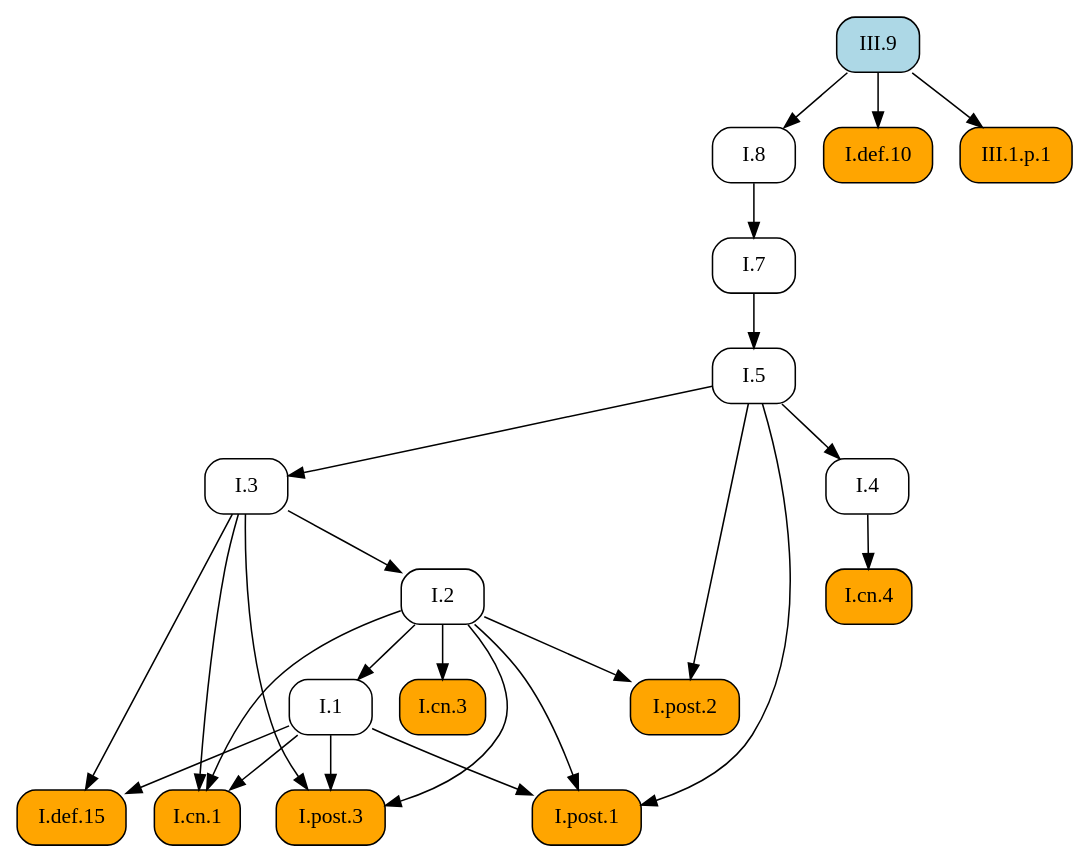
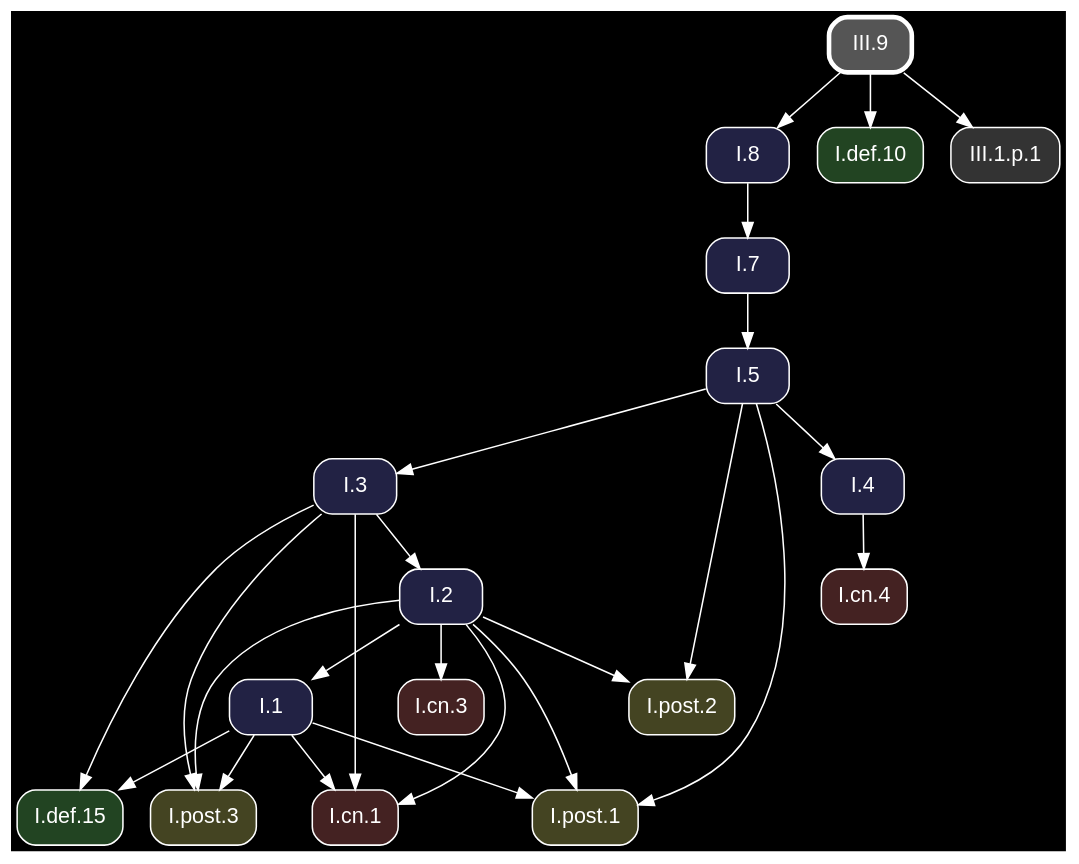
One commit to geometor/elements changed the diagram in docsrc/heath/III/9/index.rst. Above: the diagram before and after it, drawn with Graphviz. The commit also changed other lines of this file and 1200 other files, not shown here.

Commit message:
update dependency graphs

```diff
--- a/docsrc/heath/III/9/index.rst
+++ b/docsrc/heath/III/9/index.rst
@@ -71,47 +71,49 @@
 .. graphviz::
 
    digraph {
+     bgcolor="black";
+     node [shape=box, style="rounded,filled", fontname="Helvetica", color="white", fontcolor="white"];
+     edge [color="white", fontcolor="white"];
      rankdir="TB";
-     node [shape=box, style=rounded];
-     "I.cn.1" [style="rounded,filled", fillcolor=orange, URL="/heath/I/cn.1/", target="_top"];
-     "I.7" [URL="/heath/I/7/", target="_top"];
-     "I.2" [URL="/heath/I/2/", target="_top"];
-     "I.def.15" [style="rounded,filled", fillcolor=orange, URL="/heath/I/def.15/", target="_top"];
-     "I.4" [URL="/heath/I/4/", target="_top"];
-     "I.1" [URL="/heath/I/1/", target="_top"];
-     "I.5" [URL="/heath/I/5/", target="_top"];
-     "I.post.1" [style="rounded,filled", fillcolor=orange, URL="/heath/I/post.1/", target="_top"];
-     "I.8" [URL="/heath/I/8/", target="_top"];
-     "I.post.3" [style="rounded,filled", fillcolor=orange, URL="/heath/I/post.3/", target="_top"];
-     "I.cn.3" [style="rounded,filled", fillcolor=orange, URL="/heath/I/cn.3/", target="_top"];
-     "I.def.10" [style="rounded,filled", fillcolor=orange, URL="/heath/I/def.10/", target="_top"];
-     "III.9" [style="rounded,filled", fillcolor=lightblue, URL="/heath/III/9/", target="_top"];
-     "III.1.p.1" [style="rounded,filled", fillcolor=orange];
-     "I.cn.4" [style="rounded,filled", fillcolor=orange, URL="/heath/I/cn.4/", target="_top"];
-     "I.post.2" [style="rounded,filled", fillcolor=orange, URL="/heath/I/post.2/", target="_top"];
-     "I.3" [URL="/heath/I/3/", target="_top"];
+     "I.3" [fillcolor="#222244", URL="/heath/I/3/", target="_top"];
+     "I.post.1" [fillcolor="#444422", URL="/heath/I/post.1/", target="_top"];
+     "I.cn.1" [fillcolor="#442222", URL="/heath/I/cn.1/", target="_top"];
+     "I.def.10" [fillcolor="#224422", URL="/heath/I/def.10/", target="_top"];
+     "III.9" [penwidth=3, color="white", fillcolor="#555555", URL="/heath/III/9/", target="_top"];
+     "I.cn.3" [fillcolor="#442222", URL="/heath/I/cn.3/", target="_top"];
+     "I.post.2" [fillcolor="#444422", URL="/heath/I/post.2/", target="_top"];
+     "I.2" [fillcolor="#222244", URL="/heath/I/2/", target="_top"];
+     "I.cn.4" [fillcolor="#442222", URL="/heath/I/cn.4/", target="_top"];
+     "I.1" [fillcolor="#222244", URL="/heath/I/1/", target="_top"];
+     "I.8" [fillcolor="#222244", URL="/heath/I/8/", target="_top"];
+     "I.4" [fillcolor="#222244", URL="/heath/I/4/", target="_top"];
+     "I.post.3" [fillcolor="#444422", URL="/heath/I/post.3/", target="_top"];
+     "III.1.p.1" [fillcolor="#333333"];
+     "I.7" [fillcolor="#222244", URL="/heath/I/7/", target="_top"];
+     "I.def.15" [fillcolor="#224422", URL="/heath/I/def.15/", target="_top"];
+     "I.5" [fillcolor="#222244", URL="/heath/I/5/", target="_top"];
+     "I.5" -> "I.3";
+     "I.1" -> "I.post.1";
+     "I.2" -> "I.post.1";
+     "I.5" -> "I.post.1";
      "I.1" -> "I.cn.1";
      "I.2" -> "I.cn.1";
      "I.3" -> "I.cn.1";
-     "I.8" -> "I.7";
+     "III.9" -> "I.def.10";
+     "I.2" -> "I.cn.3";
+     "I.2" -> "I.post.2";
+     "I.5" -> "I.post.2";
      "I.3" -> "I.2";
-     "I.1" -> "I.def.15";
-     "I.3" -> "I.def.15";
+     "I.4" -> "I.cn.4";
+     "I.2" -> "I.1";
+     "III.9" -> "I.8";
      "I.5" -> "I.4";
-     "I.2" -> "I.1";
-     "I.7" -> "I.5";
-     "I.1" -> "I.post.1";
-     "I.2" -> "I.post.1";
-     "I.5" -> "I.post.1";
-     "III.9" -> "I.8";
      "I.1" -> "I.post.3";
      "I.2" -> "I.post.3";
      "I.3" -> "I.post.3";
-     "I.2" -> "I.cn.3";
-     "III.9" -> "I.def.10";
      "III.9" -> "III.1.p.1";
-     "I.4" -> "I.cn.4";
-     "I.2" -> "I.post.2";
-     "I.5" -> "I.post.2";
-     "I.5" -> "I.3";
+     "I.8" -> "I.7";
+     "I.1" -> "I.def.15";
+     "I.3" -> "I.def.15";
+     "I.7" -> "I.5";
    }
```
